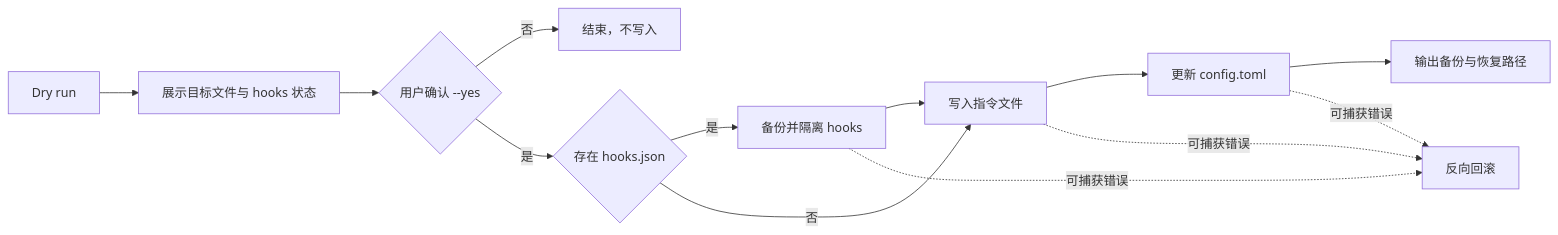
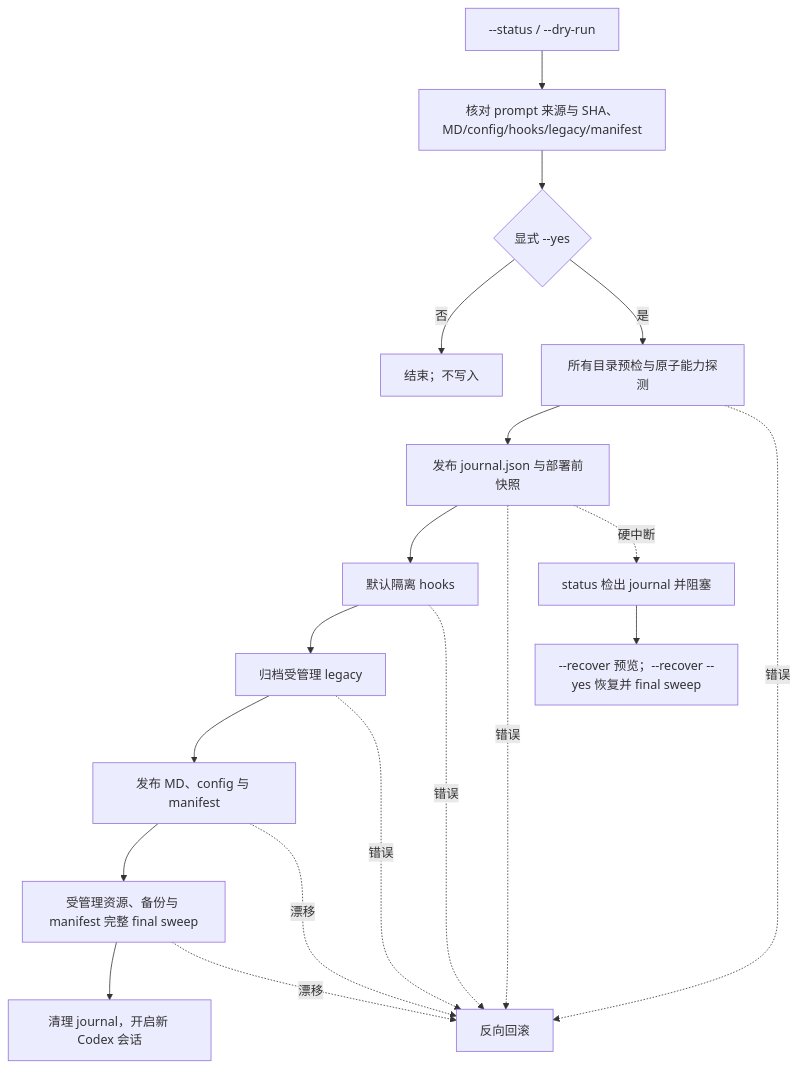
Before and after one commit to Jia-Ethan/codex-keysmith: the first of 2 diagrams in README.md, drawn with Mermaid. The commit also changed other lines of this file and 22 other files, not shown here.

````diff
--- a/README.md
+++ b/README.md
@@ -99,15 +204,21 @@
 ```mermaid
-flowchart LR
-    A["Dry run"] --> B["展示目标文件与 hooks 状态"]
-    B --> C{"用户确认 --yes"}
-    C -->|否| D["结束，不写入"]
-    C -->|是| E{"存在 hooks.json"}
-    E -->|是| F["备份并隔离 hooks"]
-    E -->|否| G["写入指令文件"]
-    F --> G
-    G --> H["更新 config.toml"]
-    H --> I["输出备份与恢复路径"]
-    F -. 可捕获错误 .-> J["反向回滚"]
-    G -. 可捕获错误 .-> J
-    H -. 可捕获错误 .-> J
+flowchart TD
+    A["--status / --dry-run"] --> B["核对 prompt 来源与 SHA、MD/config/hooks/legacy/manifest"]
+    B --> C{"显式 --yes"}
+    C -->|否| D["结束；不写入"]
+    C -->|是| E["所有目录预检与原子能力探测"]
+    E --> F["发布 journal.json 与部署前快照"]
+    F --> G["默认隔离 hooks"]
+    G --> H["归档受管理 legacy"]
+    H --> I["发布 MD、config 与 manifest"]
+    I --> J["受管理资源、备份与 manifest 完整 final sweep"]
+    J --> K["清理 journal，开启新 Codex 会话"]
+    E -.错误.-> R["反向回滚"]
+    F -.错误.-> R
+    G -.错误.-> R
+    H -.错误.-> R
+    I -.漂移.-> R
+    J -.漂移.-> R
+    F -.硬中断.-> X["status 检出 journal 并阻塞"]
+    X --> Y["--recover 预览；--recover --yes 恢复并 final sweep"]
 ```
````
